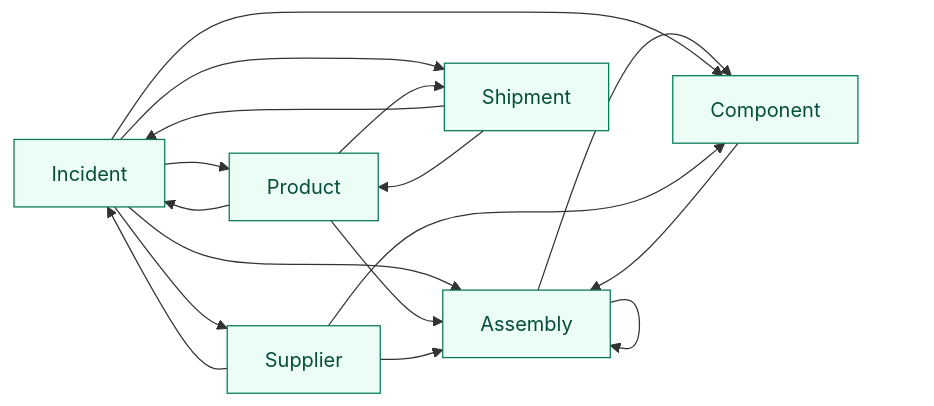
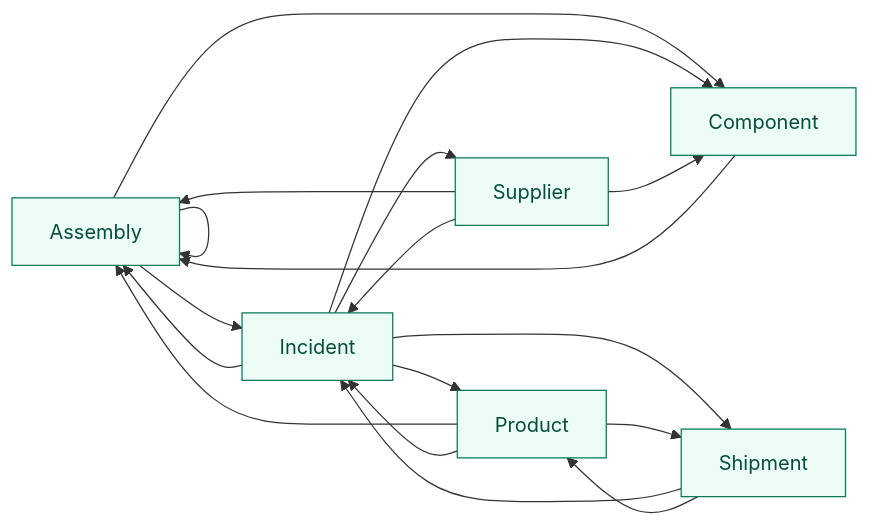
Before and after one commit to cruxible-ai/cruxible: the third of 3 diagrams in kits/supply-chain-blast-radius/README.md, drawn with Mermaid. The commit also changed other lines of this file and 2 other files, not shown here.

````diff
--- a/kits/supply-chain-blast-radius/README.md
+++ b/kits/supply-chain-blast-radius/README.md
@@ -195,28 +198,29 @@
 ```mermaid
 flowchart LR
   classDef queryEntity fill:#ecfdf5,stroke:#047857,color:#064e3b
 
   query_entity_Assembly["Assembly"]
   query_entity_Component["Component"]
   query_entity_Incident["Incident"]
   query_entity_Product["Product"]
   query_entity_Shipment["Shipment"]
   query_entity_Supplier["Supplier"]
   class query_entity_Assembly,query_entity_Component,query_entity_Incident,query_entity_Product,query_entity_Shipment,query_entity_Supplier queryEntity
   query_entity_Assembly --> query_entity_Assembly
   query_entity_Assembly --> query_entity_Component
+  query_entity_Assembly --> query_entity_Incident
   query_entity_Component --> query_entity_Assembly
   query_entity_Incident --> query_entity_Assembly
   query_entity_Incident --> query_entity_Component
   query_entity_Incident --> query_entity_Product
   query_entity_Incident --> query_entity_Shipment
   query_entity_Incident --> query_entity_Supplier
   query_entity_Product --> query_entity_Assembly
   query_entity_Product --> query_entity_Incident
   query_entity_Product --> query_entity_Shipment
   query_entity_Shipment --> query_entity_Incident
   query_entity_Shipment --> query_entity_Product
   query_entity_Supplier --> query_entity_Assembly
   query_entity_Supplier --> query_entity_Component
   query_entity_Supplier --> query_entity_Incident
 ```
````
